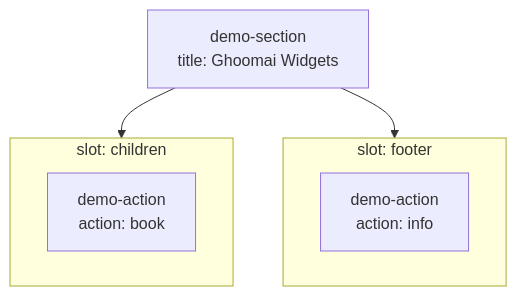
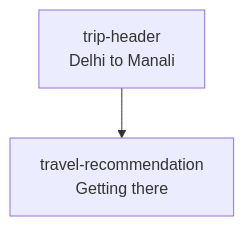
Before and after one commit to neetigyachahar/ghoomai: the fourth of 5 diagrams in packages/widgets/ARCHITECTURE.md, drawn with Mermaid. The commit also changed other lines of this file and 63 other files, not shown here.

````diff
--- a/packages/widgets/ARCHITECTURE.md
+++ b/packages/widgets/ARCHITECTURE.md
@@ -329,15 +336,7 @@
 ```mermaid
 flowchart TB
-  Root["demo-section<br/>title: Ghoomai Widgets"]
+  Header["trip-header<br/>Delhi to Manali"]
+  Step["travel-recommendation<br/>Getting there"]
 
-  subgraph childrenSlot [slot: children]
-    Action1["demo-action<br/>action: book"]
-  end
-
-  subgraph footerSlot [slot: footer]
-    Action2["demo-action<br/>action: info"]
-  end
-
-  Root --> childrenSlot
-  Root --> footerSlot
+  Header --> Step
 ```
````
